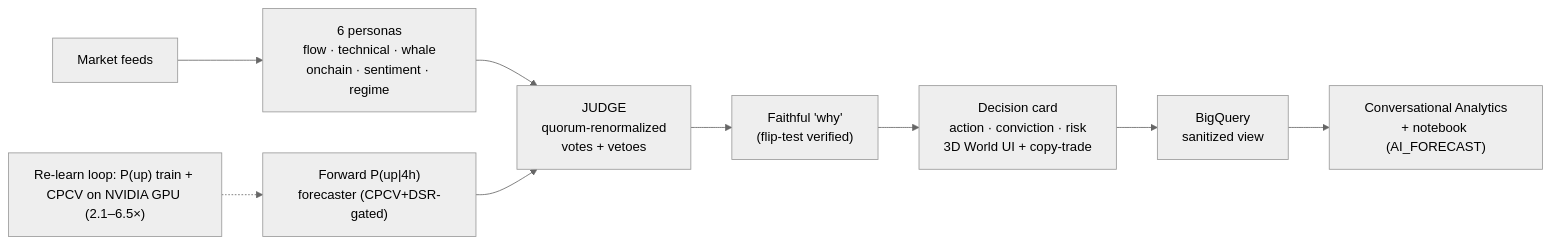
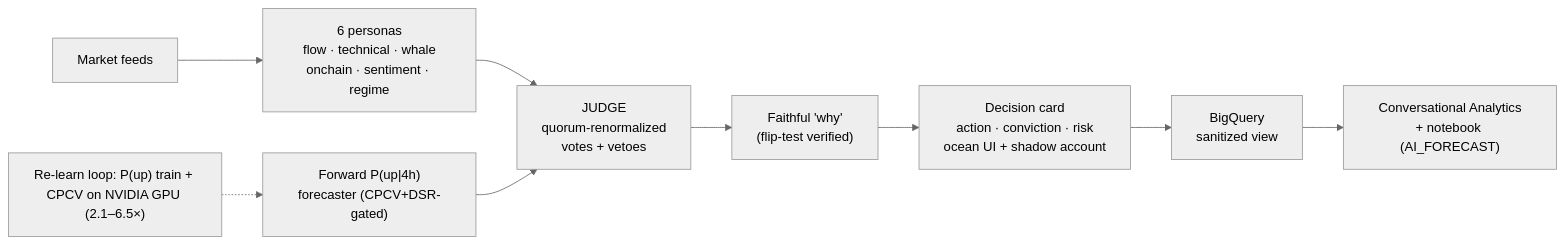
The second of 2 diagrams in docs/ARCHITECTURE.md (JannetEkka/smt-apac), drawn with Mermaid (neutral theme) before and after one commit.

Commit message:
docs: ARCHITECTURE diagram — copy-trade → shadow account (match shipped UI)
Claude-Session: https://claude.ai/code/session_01DsHUpijKpG9Y8v99UT4i8q

````diff
--- a/docs/ARCHITECTURE.md
+++ b/docs/ARCHITECTURE.md
@@ -23,11 +23,11 @@
 ```mermaid
 flowchart LR
     F["Market feeds"] --> P["6 personas<br/>flow · technical · whale<br/>onchain · sentiment · regime"]
     P --> J["JUDGE<br/>quorum-renormalized<br/>votes + vetoes"]
     FC["Forward P(up|4h)<br/>forecaster (CPCV+DSR-gated)"] --> J
     J --> W["Faithful 'why'<br/>(flip-test verified)"]
-    W --> D["Decision card<br/>action · conviction · risk<br/>3D World UI + copy-trade"]
+    W --> D["Decision card<br/>action · conviction · risk<br/>ocean UI + shadow account"]
     D --> B["BigQuery<br/>sanitized view"]
     B --> A["Conversational Analytics<br/>+ notebook (AI_FORECAST)"]
     V["Re-learn loop: P(up) train + CPCV on NVIDIA GPU (2.1–6.5×)"] -.-> FC
 ```
````
